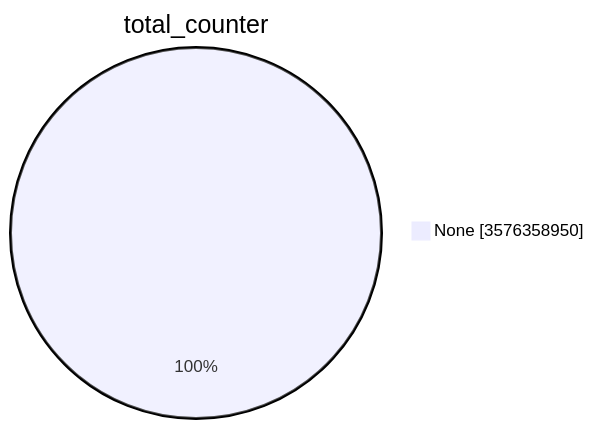
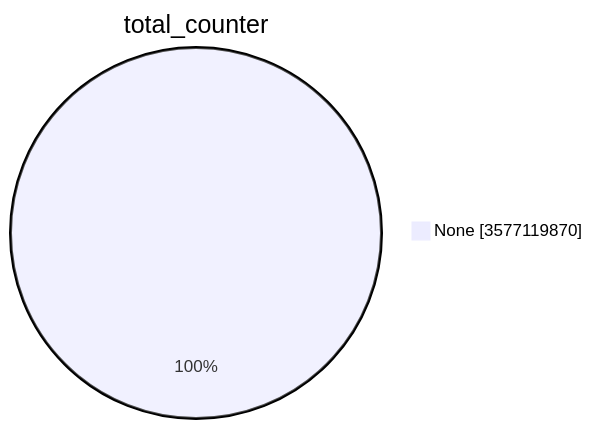
Before and after one commit to christiankrug/ctmonitor_visualization: the first of 15 diagrams in TOTAL/README.md, drawn with Mermaid. The commit also changed other lines of this file, not shown here.

````diff
--- a/TOTAL/README.md
+++ b/TOTAL/README.md
@@ -1,5 +1,5 @@
 ```mermaid
 pie showData
 title total_counter
-"None" :3576358950
+"None" :3577119870
 ```
````
